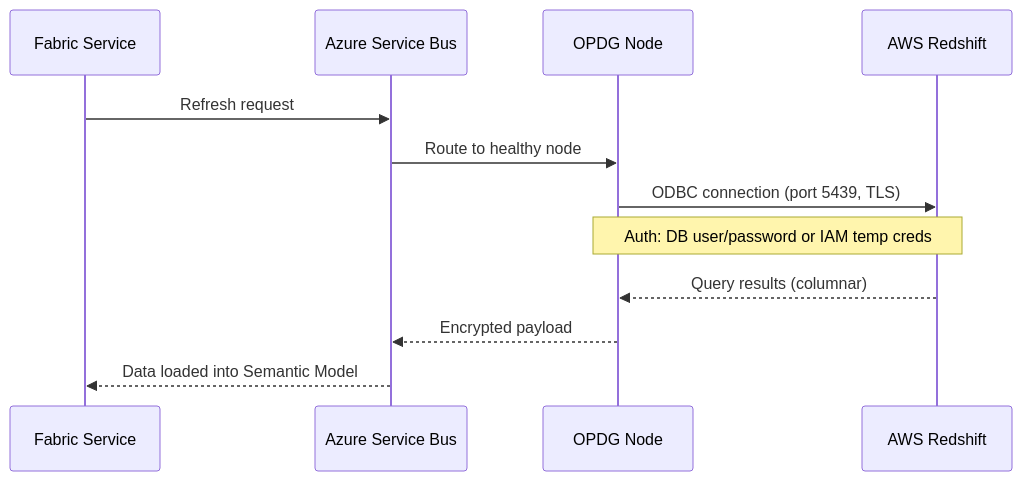
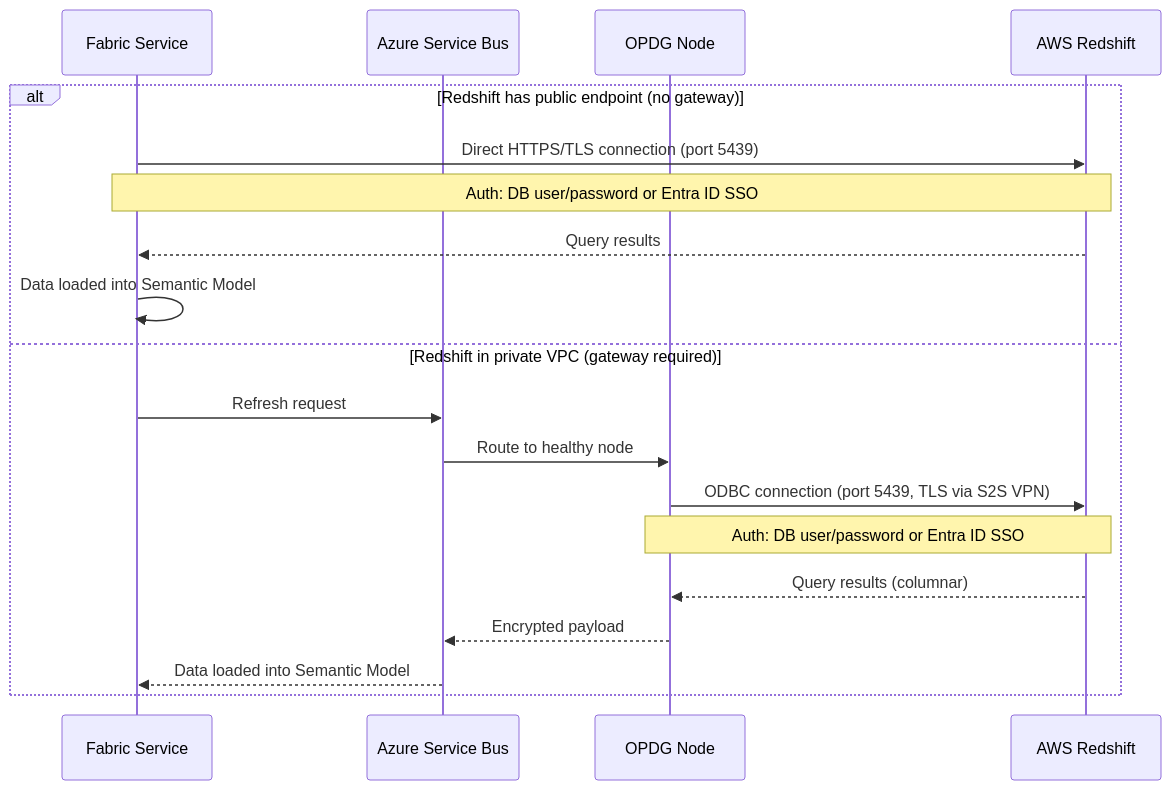
One commit to cyphou/Fabric-Gateway changed the seventh of 8 diagrams in docs/03-aws-connectivity.md. Above: the diagram before and after it, drawn with Mermaid. The commit also changed other lines of this file, not shown here.

Commit message:
Clarify AWS connector gateway requirements

````diff
--- a/docs/03-aws-connectivity.md
+++ b/docs/03-aws-connectivity.md
@@ -438,15 +572,22 @@
 ```mermaid
 sequenceDiagram
     participant Fabric as Fabric Service
     participant SB as Azure Service Bus
     participant GW as OPDG Node
     participant RS as AWS Redshift
 
-    Fabric->>SB: Refresh request
-    SB->>GW: Route to healthy node
-    GW->>RS: ODBC connection (port 5439, TLS)
-    Note over GW,RS: Auth: DB user/password or IAM temp creds
-    RS-->>GW: Query results (columnar)
-    GW-->>SB: Encrypted payload
-    SB-->>Fabric: Data loaded into Semantic Model
+    alt Redshift has public endpoint (no gateway)
+        Fabric->>RS: Direct HTTPS/TLS connection (port 5439)
+        Note over Fabric,RS: Auth: DB user/password or Entra ID SSO
+        RS-->>Fabric: Query results
+        Fabric->>Fabric: Data loaded into Semantic Model
+    else Redshift in private VPC (gateway required)
+        Fabric->>SB: Refresh request
+        SB->>GW: Route to healthy node
+        GW->>RS: ODBC connection (port 5439, TLS via S2S VPN)
+        Note over GW,RS: Auth: DB user/password or Entra ID SSO
+        RS-->>GW: Query results (columnar)
+        GW-->>SB: Encrypted payload
+        SB-->>Fabric: Data loaded into Semantic Model
+    end
 ```
````
